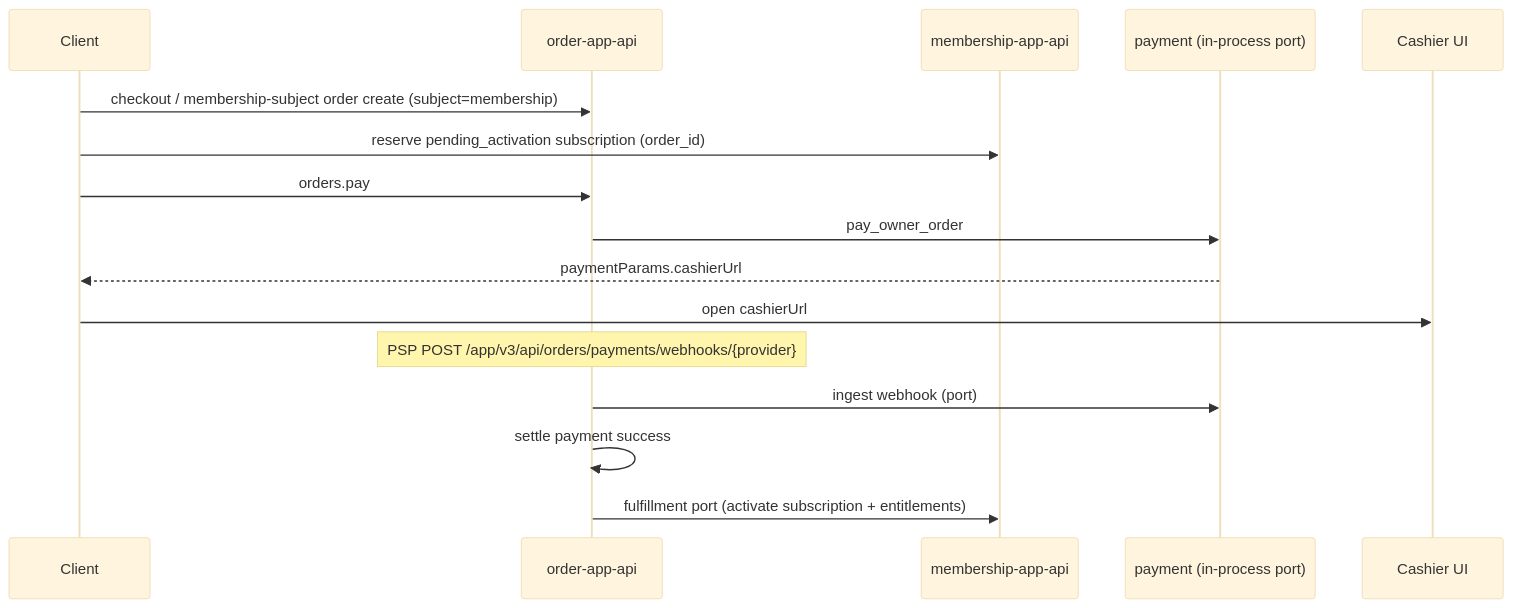
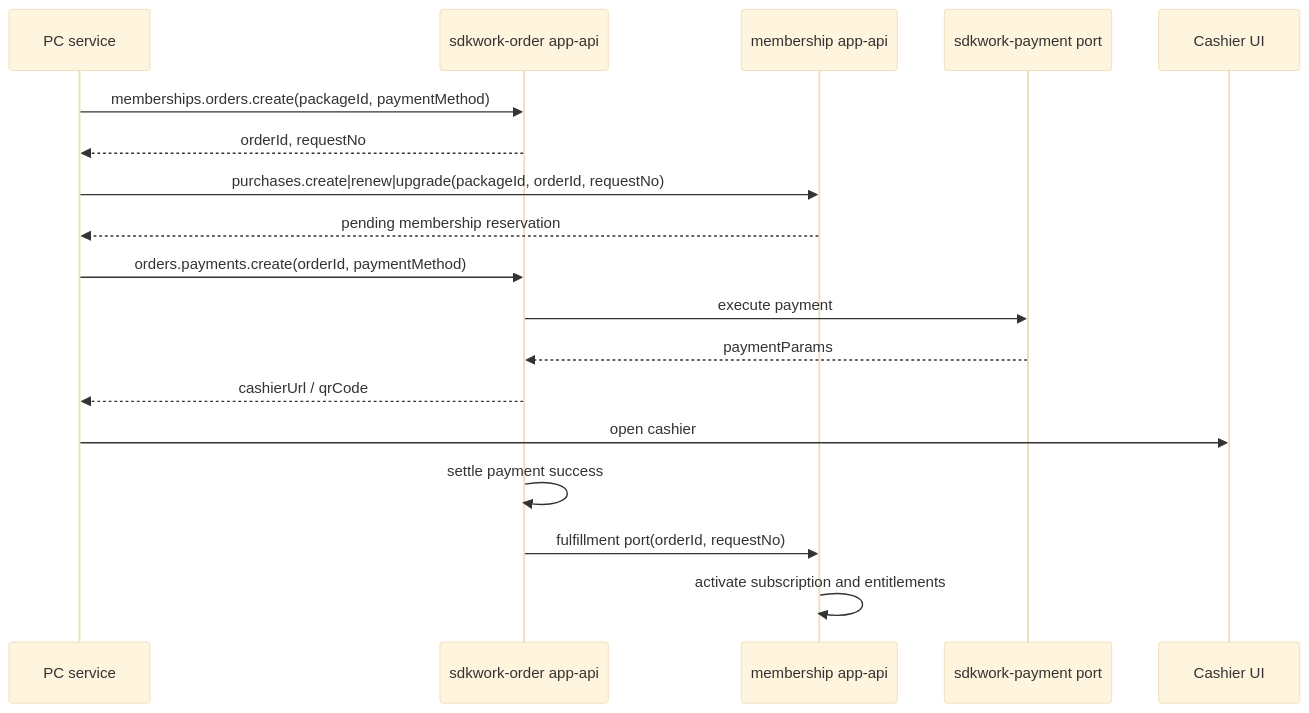
The diagram in docs/architecture/tech/TECH_ARCHITECTURE.md (Sdkwork-Cloud/sdkwork-membership), drawn with Mermaid (base theme) before and after one commit. The commit also changed other lines of this file and 72 other files, not shown here.

````diff
--- a/docs/architecture/tech/TECH_ARCHITECTURE.md
+++ b/docs/architecture/tech/TECH_ARCHITECTURE.md
@@ -223,19 +158,21 @@
 ```mermaid
 sequenceDiagram
-    participant Client
-    participant Order as order-app-api
-    participant Membership as membership-app-api
-    participant Payment as payment (in-process port)
+    participant Client as PC service
+    participant Order as sdkwork-order app-api
+    participant Membership as membership app-api
+    participant Payment as sdkwork-payment port
     participant Cashier as Cashier UI
 
-    Client->>Order: checkout / membership-subject order create (subject=membership)
-    Client->>Membership: reserve pending_activation subscription (order_id)
-    Client->>Order: orders.pay
-    Order->>Payment: pay_owner_order
-    Payment-->>Client: paymentParams.cashierUrl
-    Client->>Cashier: open cashierUrl
-    Note over Order: PSP POST /app/v3/api/orders/payments/webhooks/{provider}
-    Order->>Payment: ingest webhook (port)
+    Client->>Order: memberships.orders.create(packageId, paymentMethod)
+    Order-->>Client: orderId, requestNo
+    Client->>Membership: purchases.create|renew|upgrade(packageId, orderId, requestNo)
+    Membership-->>Client: pending membership reservation
+    Client->>Order: orders.payments.create(orderId, paymentMethod)
+    Order->>Payment: execute payment
+    Payment-->>Order: paymentParams
+    Order-->>Client: cashierUrl / qrCode
+    Client->>Cashier: open cashier
     Order->>Order: settle payment success
-    Order->>Membership: fulfillment port (activate subscription + entitlements)
+    Order->>Membership: fulfillment port(orderId, requestNo)
+    Membership->>Membership: activate subscription and entitlements
 ```
````
